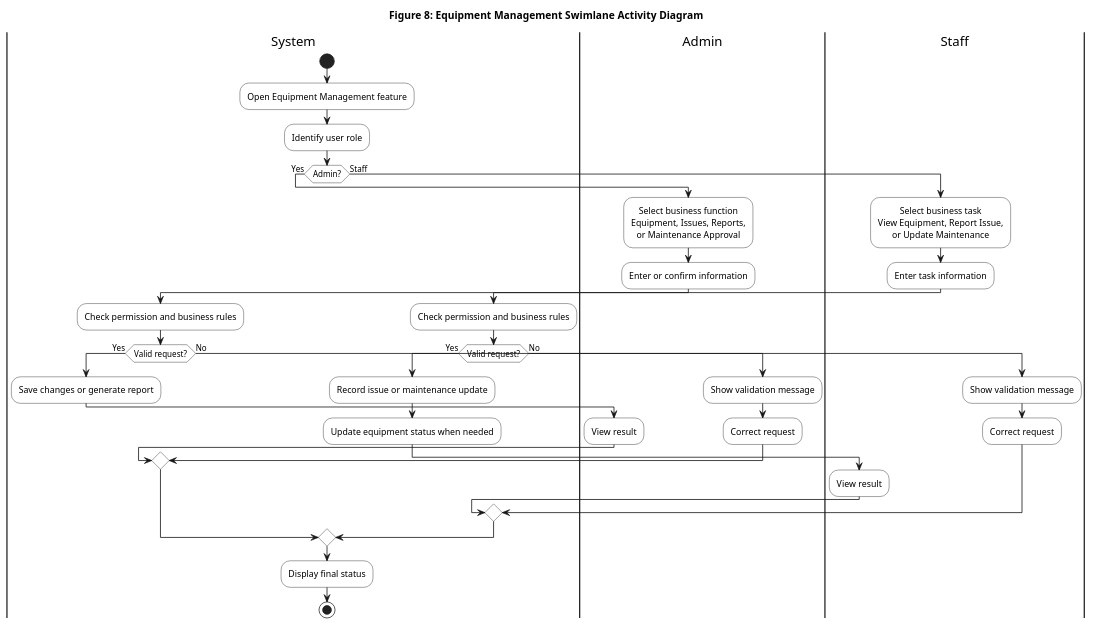
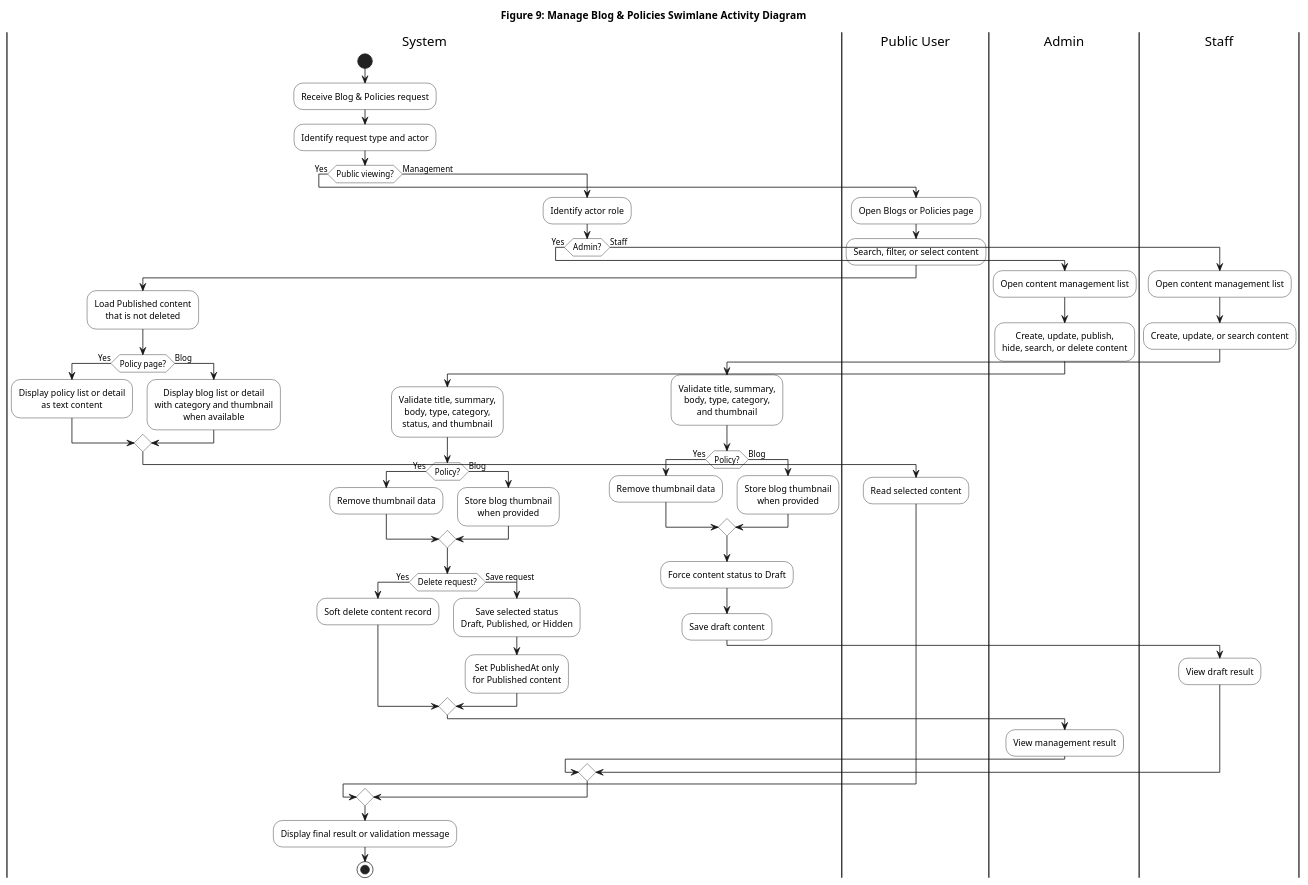
The ninth of 9 diagrams in SWP review/docs/activity-diagrams/Main_Business_Processes_Activity_Diagrams.md (Linh181596/Manage-Gym-s-Room), drawn with PlantUML before and after one commit. The commit also changed other lines of this file and 2 other files, not shown here.

````diff
--- a/SWP review/docs/activity-diagrams/Main_Business_Processes_Activity_Diagrams.md
+++ b/SWP review/docs/activity-diagrams/Main_Business_Processes_Activity_Diagrams.md
@@ -381,6 +487,6 @@
 ```plantuml
-@startuml Equipment_Management_Activity
-title Figure 8: Equipment Management Swimlane Activity Diagram
+@startuml Manage_Blog_Policies_Activity
+title Figure 9: Manage Blog & Policies Swimlane Activity Diagram
 !pragma useVerticalIf on
 skinparam monochrome true
 skinparam shadowing false
@@ -398,47 +504,67 @@
 
 |System|
 start
-:Open Equipment Management feature;
-:Identify user role;
+:Receive Blog & Policies request;
+:Identify request type and actor;
 
-if (Admin?) then (Yes)
-  |Admin|
-  :Select business function\nEquipment, Issues, Reports,\nor Maintenance Approval;
-  :Enter or confirm information;
+if (Public viewing?) then (Yes)
+  |Public User|
+  :Open Blogs or Policies page;
+  :Search, filter, or select content;
+  |System|
+  :Load Published content\nthat is not deleted;
+  if (Policy page?) then (Yes)
+    :Display policy list or detail\nas text content;
+  else (Blog)
+    :Display blog list or detail\nwith category and thumbnail\nwhen available;
+  endif
+  |Public User|
+  :Read selected content;
 
+else (Management)
   |System|
-  :Check permission and business rules;
-  if (Valid request?) then (Yes)
-    :Save changes or generate report;
+  :Identify actor role;
+
+  if (Admin?) then (Yes)
     |Admin|
-    :View result;
-  else (No)
-    :Show validation message;
+    :Open content management list;
+    :Create, update, publish,\nhide, search, or delete content;
+    |System|
+    :Validate title, summary,\nbody, type, category,\nstatus, and thumbnail;
+    if (Policy?) then (Yes)
+      :Remove thumbnail data;
+    else (Blog)
+      :Store blog thumbnail\nwhen provided;
+    endif
+    if (Delete request?) then (Yes)
+      :Soft delete content record;
+    else (Save request)
+      :Save selected status\nDraft, Published, or Hidden;
+      :Set PublishedAt only\nfor Published content;
+    endif
     |Admin|
-    :Correct request;
-  endif
+    :View management result;
 
-else (Staff)
-  |Staff|
-  :Select business task\nView Equipment, Report Issue,\nor Update Maintenance;
-  :Enter task information;
-
-  |System|
-  :Check permission and business rules;
-  if (Valid request?) then (Yes)
-    :Record issue or maintenance update;
-    :Update equipment status when needed;
+  else (Staff)
     |Staff|
-    :View result;
-  else (No)
-    :Show validation message;
+    :Open content management list;
+    :Create, update, or search content;
+    |System|
+    :Validate title, summary,\nbody, type, category,\nand thumbnail;
+    if (Policy?) then (Yes)
+      :Remove thumbnail data;
+    else (Blog)
+      :Store blog thumbnail\nwhen provided;
+    endif
+    :Force content status to Draft;
+    :Save draft content;
     |Staff|
-    :Correct request;
+    :View draft result;
   endif
 endif
 
 |System|
-:Display final status;
+:Display final result or validation message;
 stop
 @enduml
 ```
````
